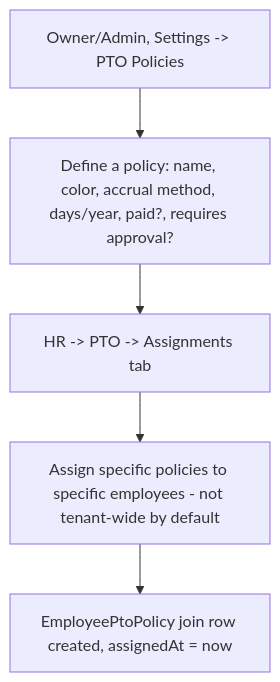
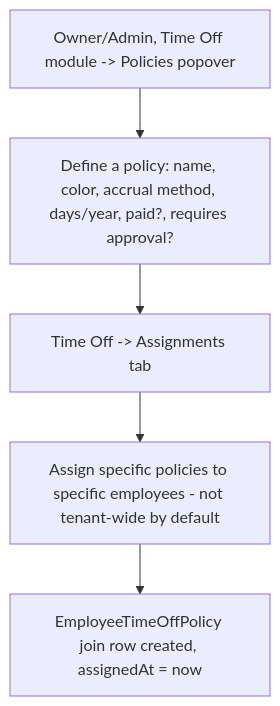
Before and after one commit to ABravo2025/northstack: the eighth of 13 diagrams in docs/current-process-flow.md, drawn with Mermaid. The commit also changed other lines of this file and 5 other files, not shown here.

First line of the commit message:
Update docs, context, process, and DB schema for Clients redesign + router split

````diff
--- a/docs/current-process-flow.md
+++ b/docs/current-process-flow.md
@@ -173,7 +176,7 @@
 ```mermaid
 flowchart TD
-  A[Owner/Admin, Settings -> PTO Policies] --> B[Define a policy: name, color, accrual method, days/year, paid?, requires approval?]
-  B --> C[HR -> PTO -> Assignments tab]
+  A[Owner/Admin, Time Off module -> Policies popover] --> B[Define a policy: name, color, accrual method, days/year, paid?, requires approval?]
+  B --> C[Time Off -> Assignments tab]
   C --> D[Assign specific policies to specific employees - not tenant-wide by default]
-  D --> E[EmployeePtoPolicy join row created, assignedAt = now]
+  D --> E[EmployeeTimeOffPolicy join row created, assignedAt = now]
 ```
````
